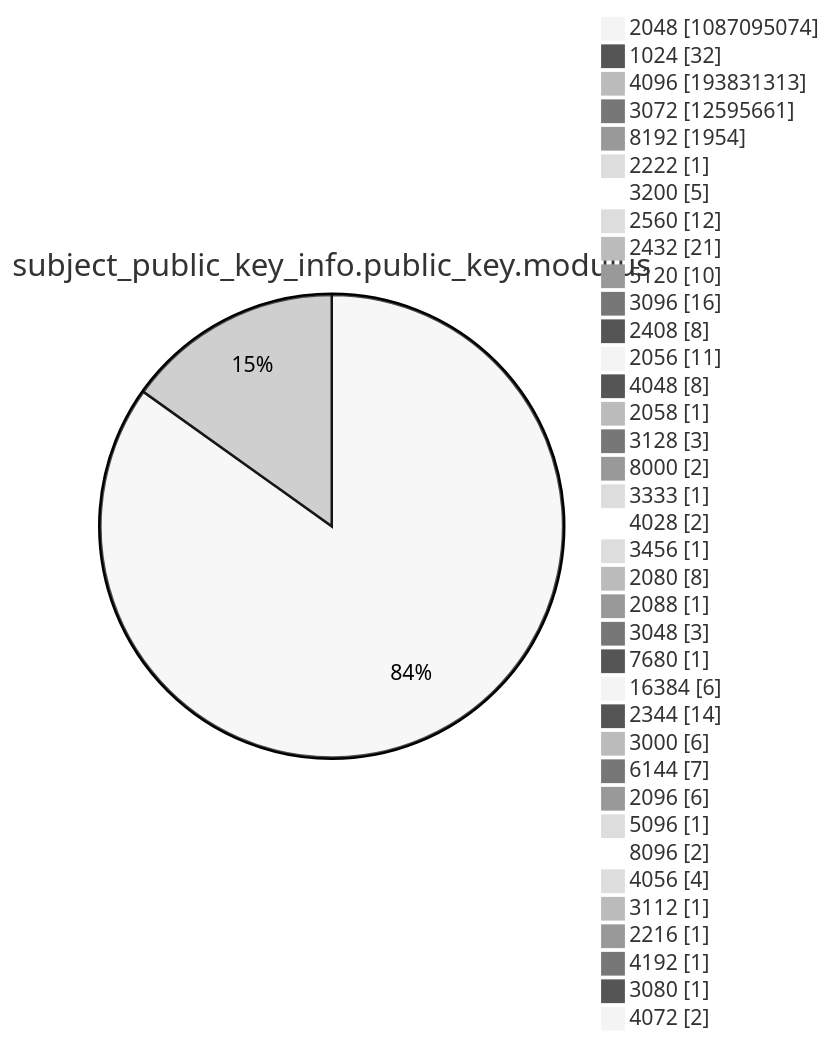
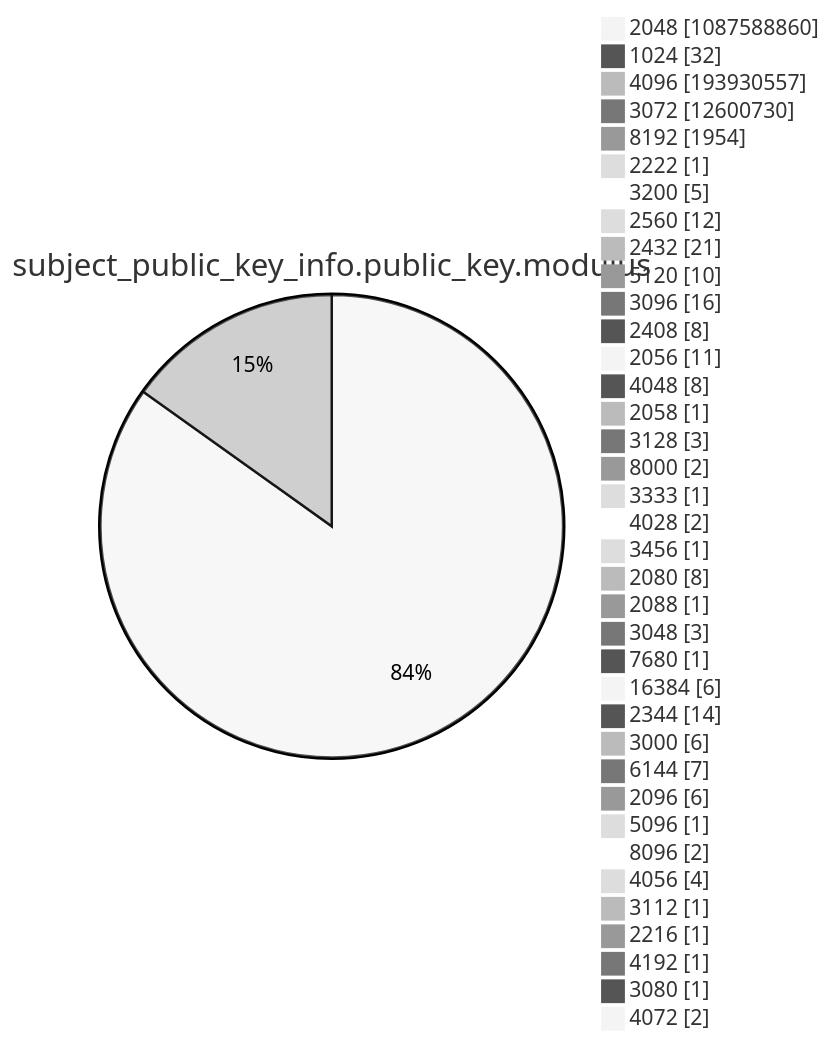
One commit to christiankrug/ctmonitor_visualization changed diagram 13 of 15 in argon2022/README.md. Above: the diagram before and after it, drawn with Mermaid (neutral theme). The commit also changed other lines of this file, not shown here.

````diff
--- a/argon2022/README.md
+++ b/argon2022/README.md
@@ -3589,41 +3589,41 @@
 ```mermaid
 pie showData
 title subject_public_key_info.public_key.modulus
-"2048" :1087095074
+"2048" :1087588860
 "1024" :32
-"4096" :193831313
-"3072" :12595661
+"4096" :193930557
+"3072" :12600730
 "8192" :1954
 "2222" :1
 "3200" :5
 "2560" :12
 "2432" :21
 "5120" :10
 "3096" :16
 "2408" :8
 "2056" :11
 "4048" :8
 "2058" :1
 "3128" :3
 "8000" :2
 "3333" :1
 "4028" :2
 "3456" :1
 "2080" :8
 "2088" :1
 "3048" :3
 "7680" :1
 "16384" :6
 "2344" :14
 "3000" :6
 "6144" :7
 "2096" :6
 "5096" :1
 "8096" :2
 "4056" :4
 "3112" :1
 "2216" :1
 "4192" :1
 "3080" :1
 "4072" :2
 ```
````
